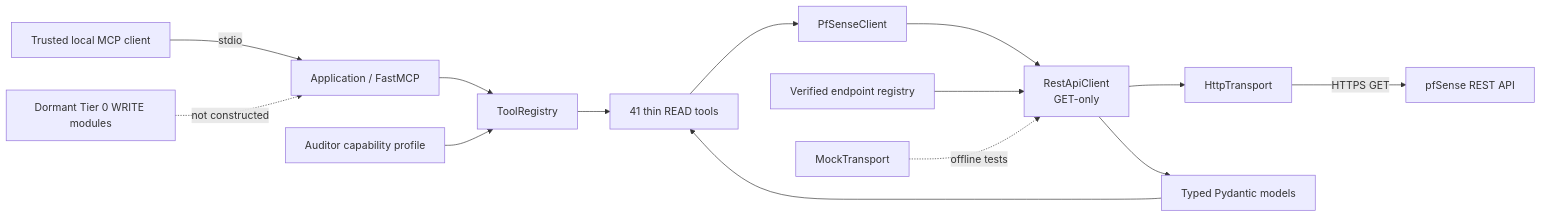
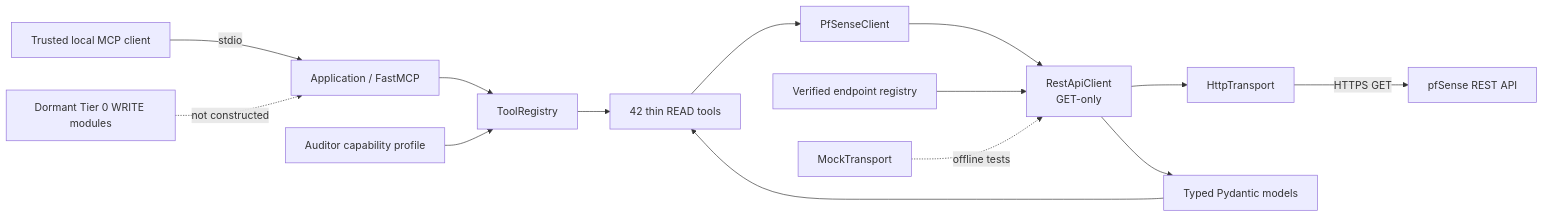
The first of 8 diagrams in docs/ARCHITECTURE_DIAGRAMS.md (night4me/pfsense-mcp-server), drawn with Mermaid before and after one commit. The commit also changed other lines of this file and 12 other files, not shown here.

````diff
--- a/docs/ARCHITECTURE_DIAGRAMS.md
+++ b/docs/ARCHITECTURE_DIAGRAMS.md
@@ -10,18 +10,18 @@
 ```mermaid
 flowchart LR
     Caller[Trusted local MCP client] -->|stdio| App[Application / FastMCP]
     App --> Registry[ToolRegistry]
-    Registry --> Tools[41 thin READ tools]
+    Registry --> Tools[42 thin READ tools]
     Tools --> Domain[PfSenseClient]
     Domain --> Rest[RestApiClient\nGET-only]
     Rest --> Transport[HttpTransport]
     Transport -->|HTTPS GET| PfSense[pfSense REST API]
     Rest --> Models[Typed Pydantic models]
     Models --> Tools
 
     Profile[Auditor capability profile] --> Registry
     Endpoints[Verified endpoint registry] --> Rest
     Mock[MockTransport] -. offline tests .-> Rest
 
     Tier0[Dormant Tier 0 WRITE modules] -. not constructed .-> App
 ```
````
